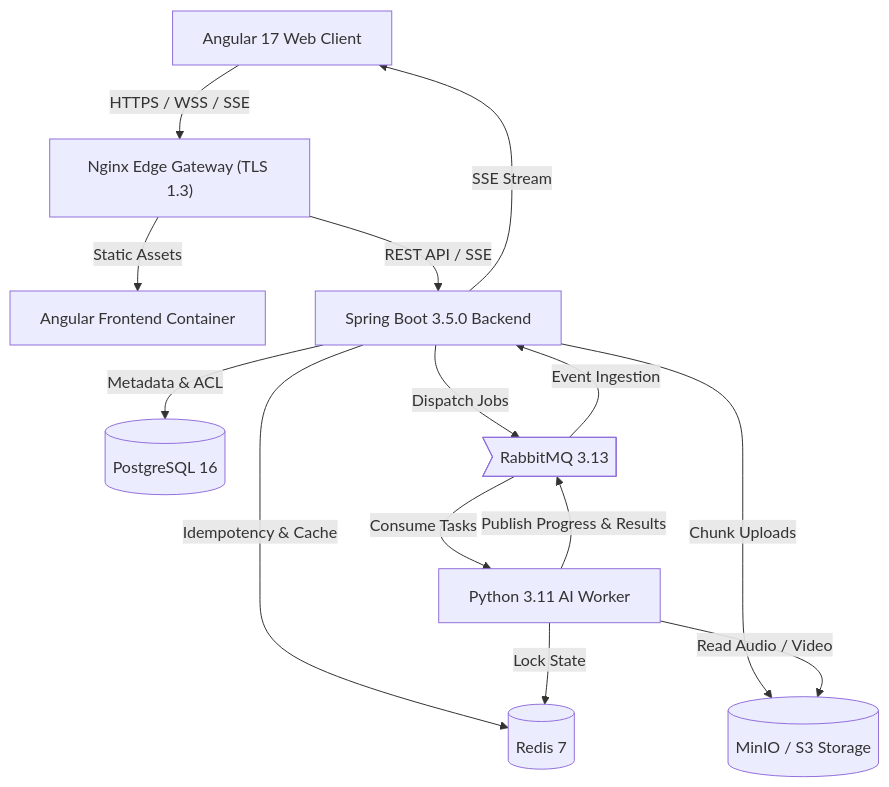
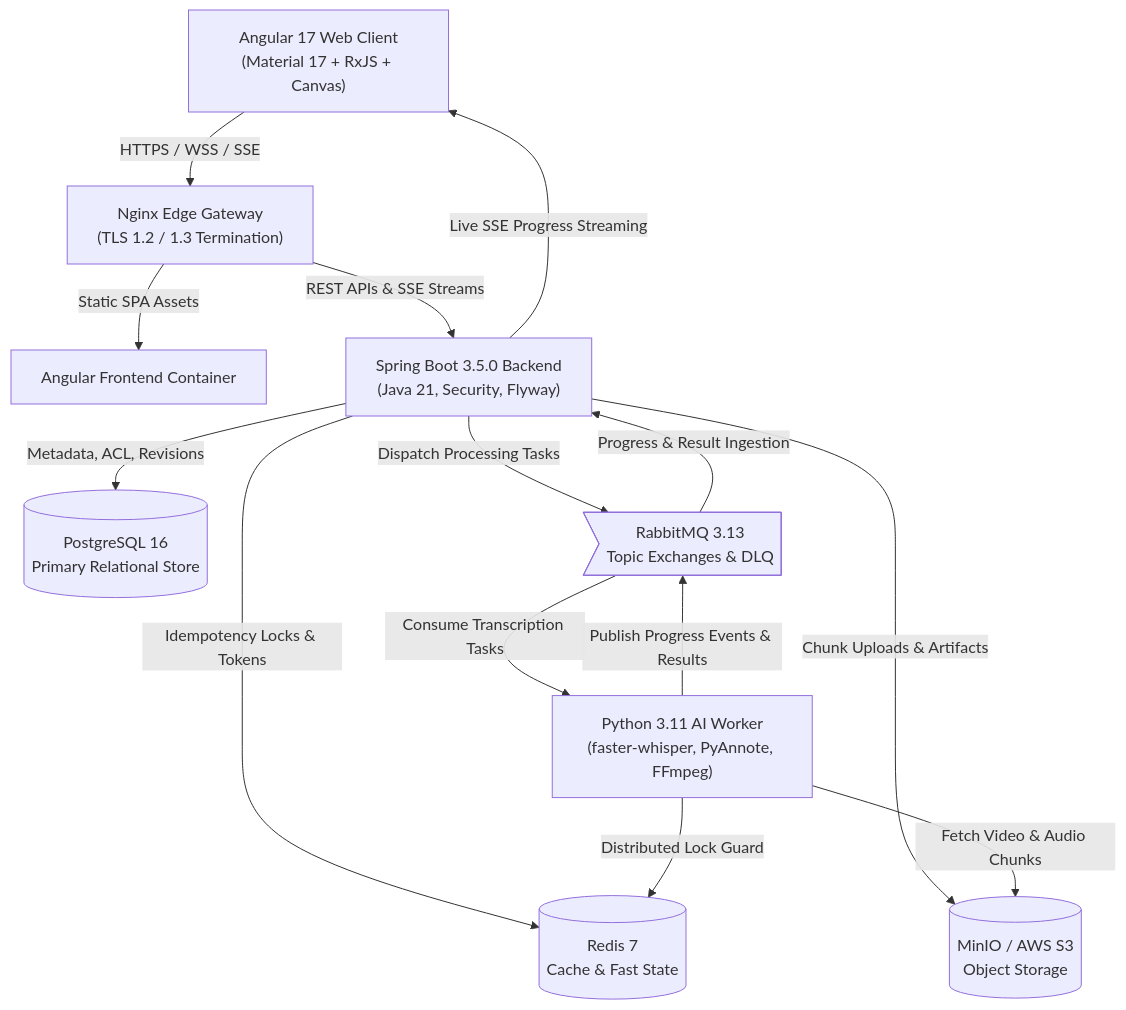
Before and after one commit to rohitlavate97/VideoToText_AI-springboot-angular: the first of 2 diagrams in README.md, drawn with Mermaid. The commit also changed other lines of this file, not shown here.

````diff
--- a/README.md
+++ b/README.md
@@ -18,18 +55,18 @@
 ```mermaid
 flowchart TD
-    Client["Angular 17 Web Client"] -->|HTTPS / WSS / SSE| Gateway["Nginx Edge Gateway (TLS 1.3)"]
-    Gateway -->|Static Assets| Frontend["Angular Frontend Container"]
-    Gateway -->|REST API / SSE| Backend["Spring Boot 3.5.0 Backend"]
+    Client["Angular 17 Web Client\n(Material 17 + RxJS + Canvas)"] -->|HTTPS / WSS / SSE| Gateway["Nginx Edge Gateway\n(TLS 1.2 / 1.3 Termination)"]
+    Gateway -->|Static SPA Assets| Frontend["Angular Frontend Container"]
+    Gateway -->|REST APIs & SSE Streams| Backend["Spring Boot 3.5.0 Backend\n(Java 21, Security, Flyway)"]
     
-    Backend -->|Metadata & ACL| DB[(PostgreSQL 16)]
-    Backend -->|Idempotency & Cache| Cache[(Redis 7)]
-    Backend -->|Chunk Uploads| S3[(MinIO / S3 Storage)]
-    Backend -->|Dispatch Jobs| RMQ>RabbitMQ 3.13]
+    Backend -->|Metadata, ACL, Revisions| DB[(PostgreSQL 16\nPrimary Relational Store)]
+    Backend -->|Idempotency Locks & Tokens| Cache[(Redis 7\nCache & Fast State)]
+    Backend -->|Chunk Uploads & Artifacts| S3[(MinIO / AWS S3\nObject Storage)]
+    Backend -->|Dispatch Processing Tasks| RMQ>RabbitMQ 3.13\nTopic Exchanges & DLQ]
     
-    RMQ -->|Consume Tasks| Worker["Python 3.11 AI Worker"]
-    Worker -->|Read Audio / Video| S3
-    Worker -->|Lock State| Cache
-    Worker -->|Publish Progress & Results| RMQ
-    RMQ -->|Event Ingestion| Backend
-    Backend -->|SSE Stream| Client
+    RMQ -->|Consume Transcription Tasks| Worker["Python 3.11 AI Worker\n(faster-whisper, PyAnnote, FFmpeg)"]
+    Worker -->|Fetch Video & Audio Chunks| S3
+    Worker -->|Distributed Lock Guard| Cache
+    Worker -->|Publish Progress Events & Results| RMQ
+    RMQ -->|Progress & Result Ingestion| Backend
+    Backend -->|Live SSE Progress Streaming| Client
 ```
````
